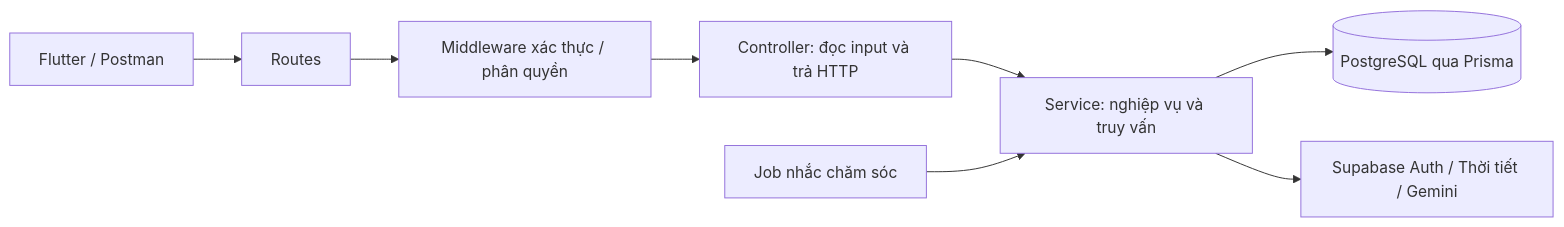
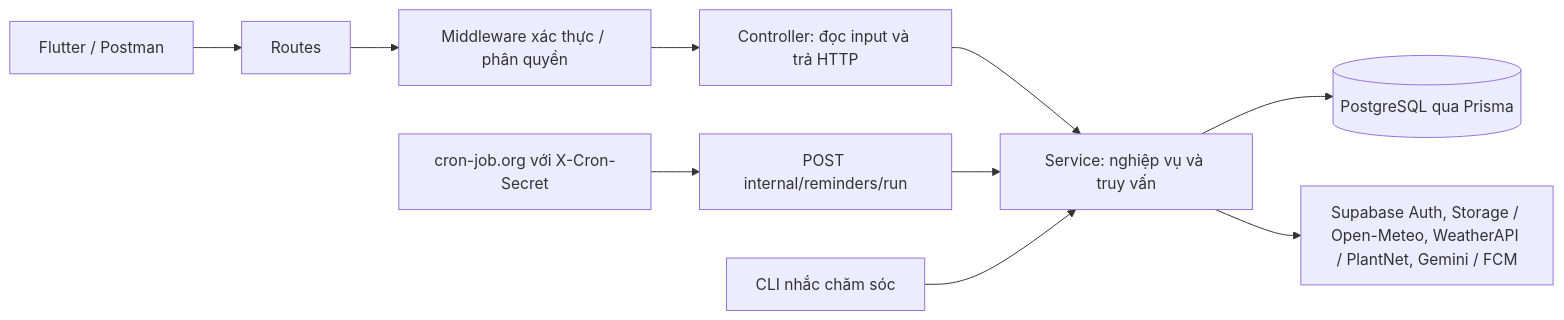
One commit to PhanDat3108/AI_Plant_Care changed the diagram in docs/BACKEND_ARCHITECTURE.md. Above: the diagram before and after it, drawn with Mermaid. The commit also changed other lines of this file and 18 other files, not shown here.

````diff
--- a/docs/BACKEND_ARCHITECTURE.md
+++ b/docs/BACKEND_ARCHITECTURE.md
@@ -5,10 +5,12 @@
 ```mermaid
 flowchart LR
   Client[Flutter / Postman] --> Route[Routes]
   Route --> Middleware[Middleware xác thực / phân quyền]
   Middleware --> Controller[Controller: đọc input và trả HTTP]
   Controller --> Service[Service: nghiệp vụ và truy vấn]
   Service --> DB[(PostgreSQL qua Prisma)]
-  Service --> External[Supabase Auth / Thời tiết / Gemini]
-  Job[Job nhắc chăm sóc] --> Service
+  Service --> External[Supabase Auth, Storage / Open-Meteo, WeatherAPI / PlantNet, Gemini / FCM]
+  Cron[cron-job.org với X-Cron-Secret] --> Internal[POST internal/reminders/run]
+  Internal --> Service
+  Job[CLI nhắc chăm sóc] --> Service
 ```
````
